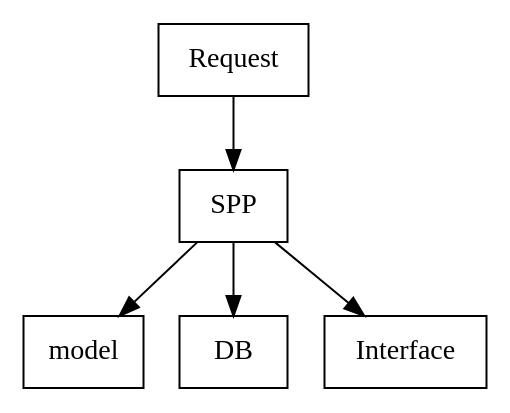
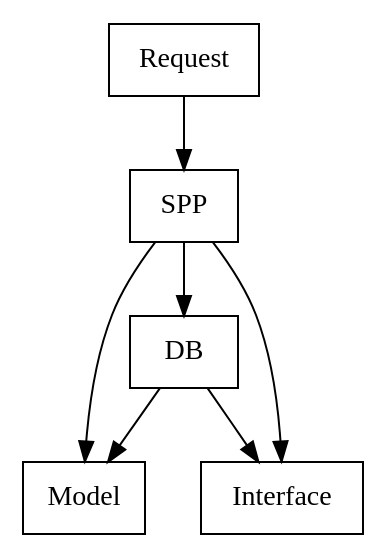
The first of 3 diagrams in docs/module/spp.rst (MFSJMenger/pysurf), drawn with Graphviz before and after one commit. The commit also changed other lines of this file and 26 other files, not shown here.

```diff
--- a/docs/module/spp.rst
+++ b/docs/module/spp.rst
@@ -14,9 +14,10 @@
 .. graphviz::
 
    digraph surfacepointprovider {
 
      node [shape=record];
 
-      "Request"  -> "SPP";
-      "SPP" -> {"model", "DB", "Interface"};
+      "Request"  -> "SPP" -> "DB";
+      "DB" -> {"Model", "Interface"};
+      "SPP" -> {"Model", "Interface"};
    }
```
